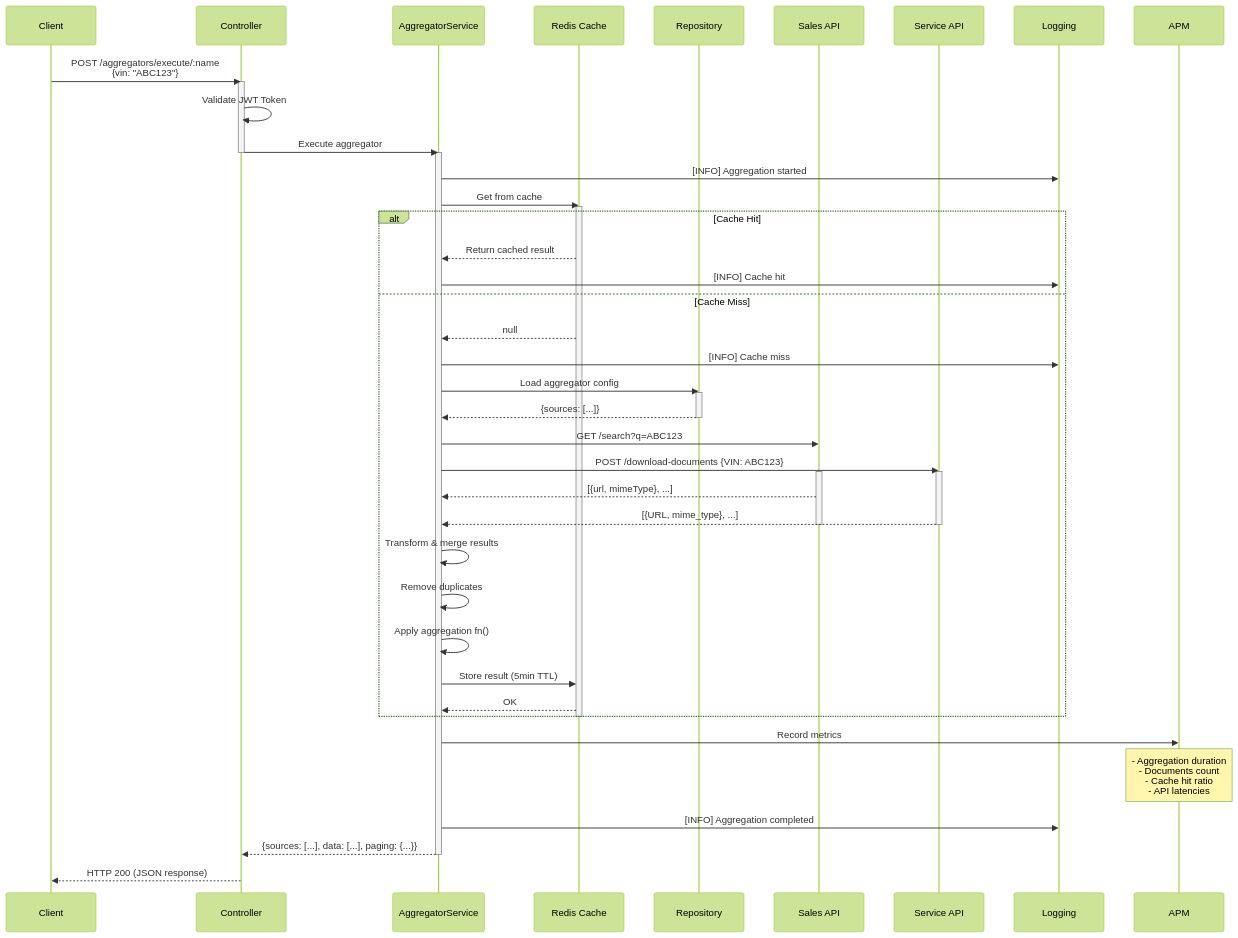
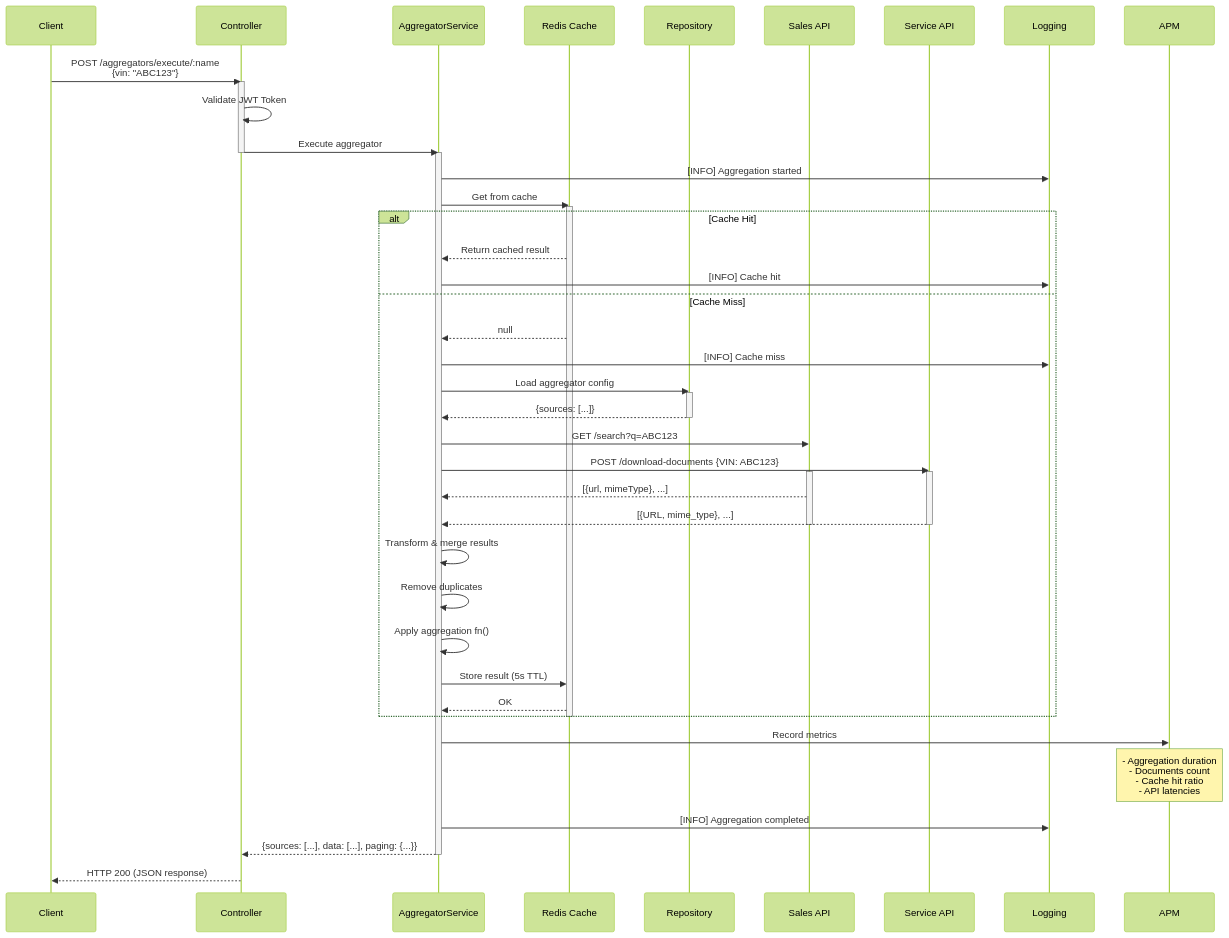
The fourth of 5 diagrams in SYSTEM_DOCUMENT.md (DokuroGitHub/data-aggregator), drawn with Mermaid (forest theme) before and after one commit. The commit also changed other lines of this file and 1 other file, not shown here.

````diff
--- a/SYSTEM_DOCUMENT.md
+++ b/SYSTEM_DOCUMENT.md
@@ -153,68 +182,68 @@
 ```mermaid
 sequenceDiagram
     participant Client
     participant Controller
     participant Service as AggregatorService
     participant Cache as Redis Cache
     participant Repo as Repository
     participant SalesAPI as Sales API
     participant ServiceAPI as Service API
     participant Logger as Logging
     participant APM as APM
 
     Client->>Controller: POST /aggregators/execute/:name<br/>{vin: "ABC123"}
 
     activate Controller
     Controller->>Controller: Validate JWT Token
     Controller->>Service: Execute aggregator
     deactivate Controller
 
     activate Service
     Service->>Logger: [INFO] Aggregation started
 
     Service->>Cache: Get from cache
     activate Cache
     alt Cache Hit
         Cache-->>Service: Return cached result
         Service->>Logger: [INFO] Cache hit
     else Cache Miss
         Cache-->>Service: null
         Service->>Logger: [INFO] Cache miss
 
         Service->>Repo: Load aggregator config
         activate Repo
         Repo-->>Service: {sources: [...]}
         deactivate Repo
 
         Service->>SalesAPI: GET /search?q=ABC123
         Service->>ServiceAPI: POST /download-documents {VIN: ABC123}
 
         activate SalesAPI
         activate ServiceAPI
 
         SalesAPI-->>Service: [{url, mimeType}, ...]
         ServiceAPI-->>Service: [{URL, mime_type}, ...]
 
         deactivate SalesAPI
         deactivate ServiceAPI
 
         Service->>Service: Transform & merge results
         Service->>Service: Remove duplicates
         Service->>Service: Apply aggregation fn()
 
-        Service->>Cache: Store result (5min TTL)
+        Service->>Cache: Store result (5s TTL)
         Cache-->>Service: OK
     end
 
     deactivate Cache
 
     Service->>APM: Record metrics
     Note over APM: - Aggregation duration<br/>- Documents count<br/>- Cache hit ratio<br/>- API latencies
 
     Service->>Logger: [INFO] Aggregation completed
 
     Service-->>Controller: {sources: [...], data: [...], paging: {...}}
     deactivate Service
 
     Controller-->>Client: HTTP 200 (JSON response)
 ```
````
